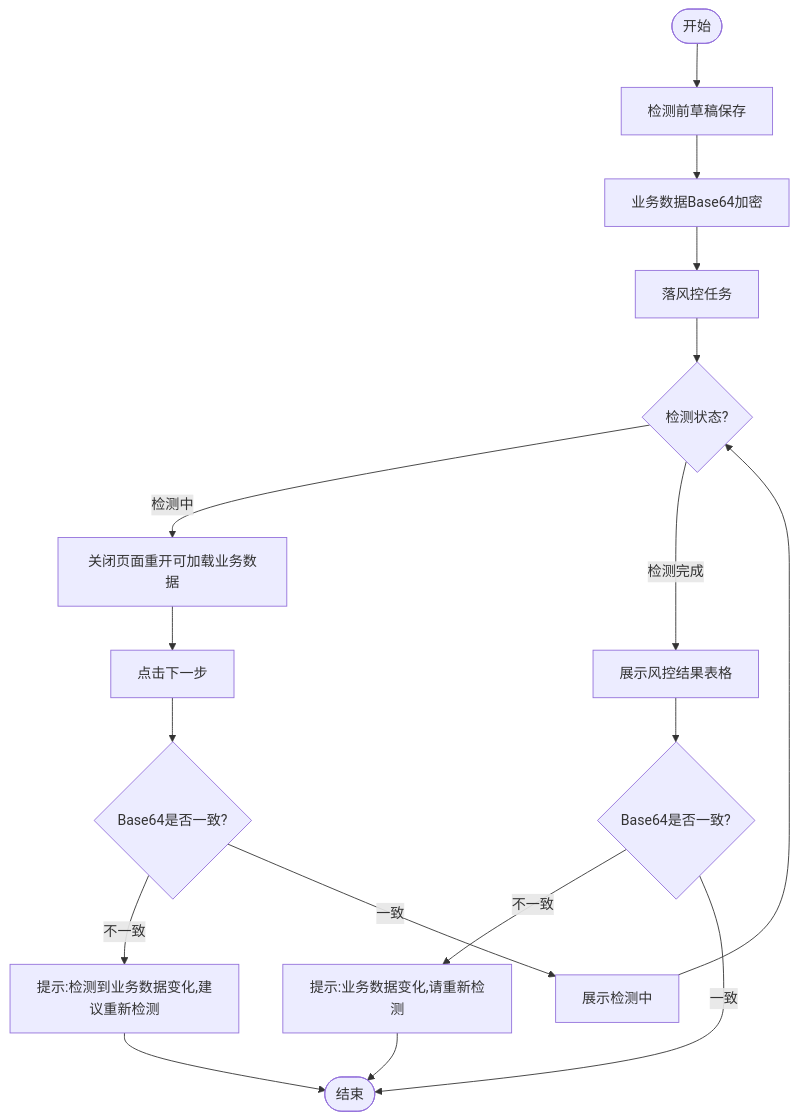
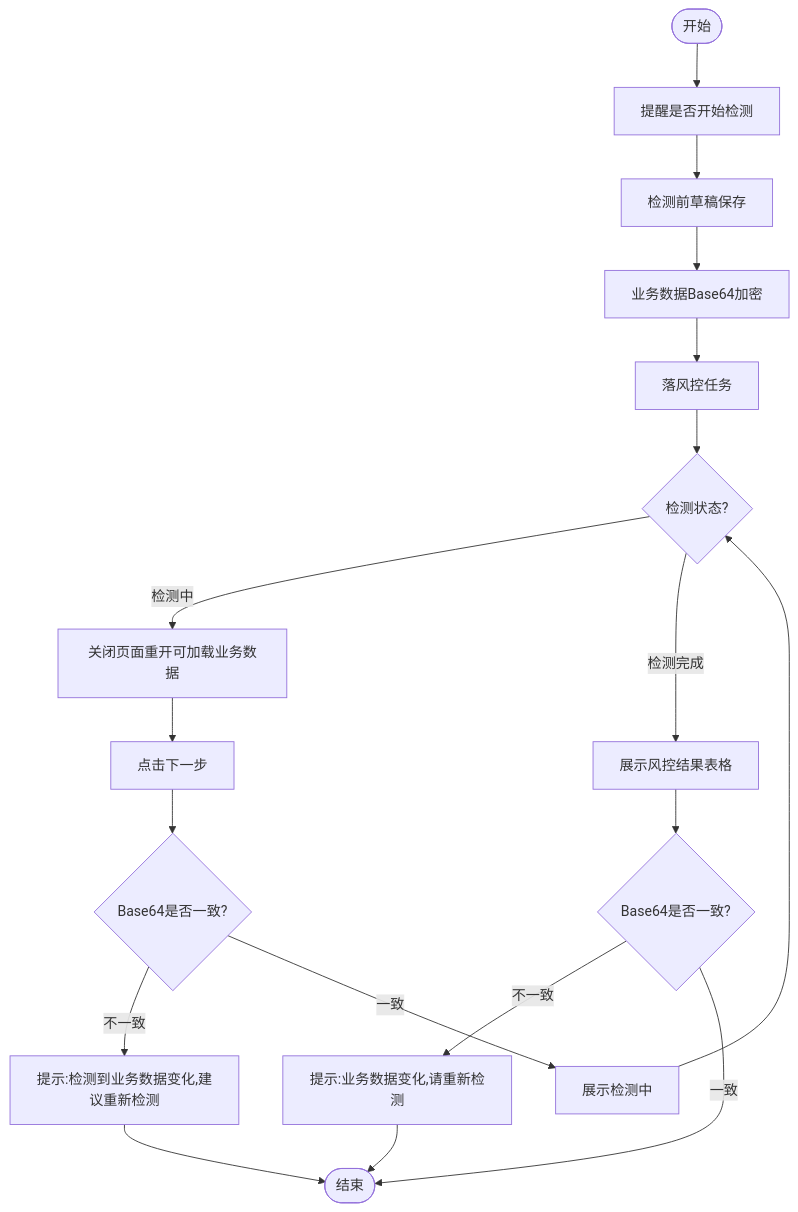
One commit to LRainD/LRainD.github.io changed the first of 2 diagrams in 数字合规官/流程图.md. Above: the diagram before and after it, drawn with Mermaid. The commit also changed other lines of this file, not shown here.

Commit message:
流程图

````diff
--- a/数字合规官/流程图.md
+++ b/数字合规官/流程图.md
@@ -3,22 +3,23 @@
 ```mermaid
 flowchart TD
-    Start([开始]) --> SaveDraft[检测前草稿保存]
+    Start([开始]) --> StartEnsure[提醒是否开始检测]
+    StartEnsure[提醒是否开始检测] --> SaveDraft[检测前草稿保存]
     SaveDraft --> Encrypt[业务数据Base64加密]
     Encrypt --> CreateRisk[落风控任务]
     CreateRisk --> CheckStatus{检测状态?}
     
     CheckStatus -- 检测中 --> LoadData[关闭页面重开可加载业务数据]
     LoadData --> ClickNext[点击下一步]
     ClickNext --> CheckEncrypt1{Base64是否一致?}
     CheckEncrypt1 -- 不一致 --> Tip1[提示:检测到业务数据变化,建议重新检测]
     CheckEncrypt1 -- 一致 --> ShowChecking[展示检测中]
     
     CheckStatus -- 检测完成 --> ShowResult[展示风控结果表格]
     ShowResult --> CheckEncrypt2{Base64是否一致?}
     CheckEncrypt2 -- 不一致 --> Tip2[提示:业务数据变化,请重新检测]
     CheckEncrypt2 -- 一致 --> End([结束])
     
     ShowChecking --> CheckStatus
     Tip1 --> End
     Tip2 --> End
 ```
````
